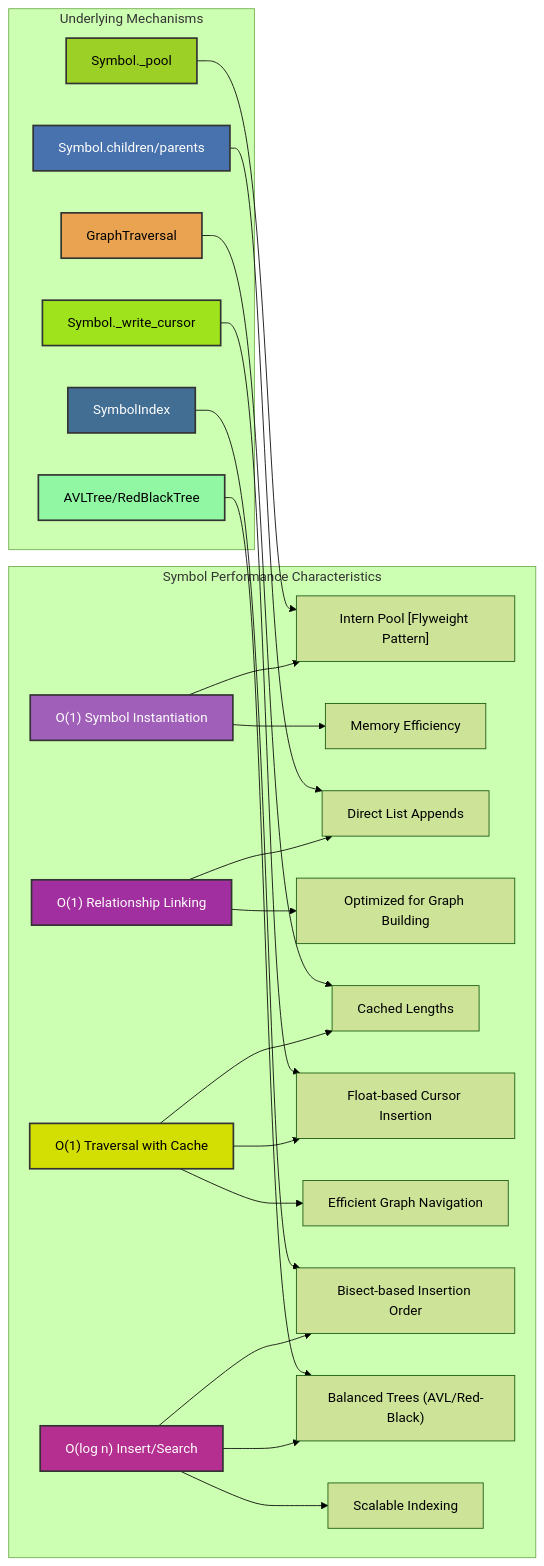
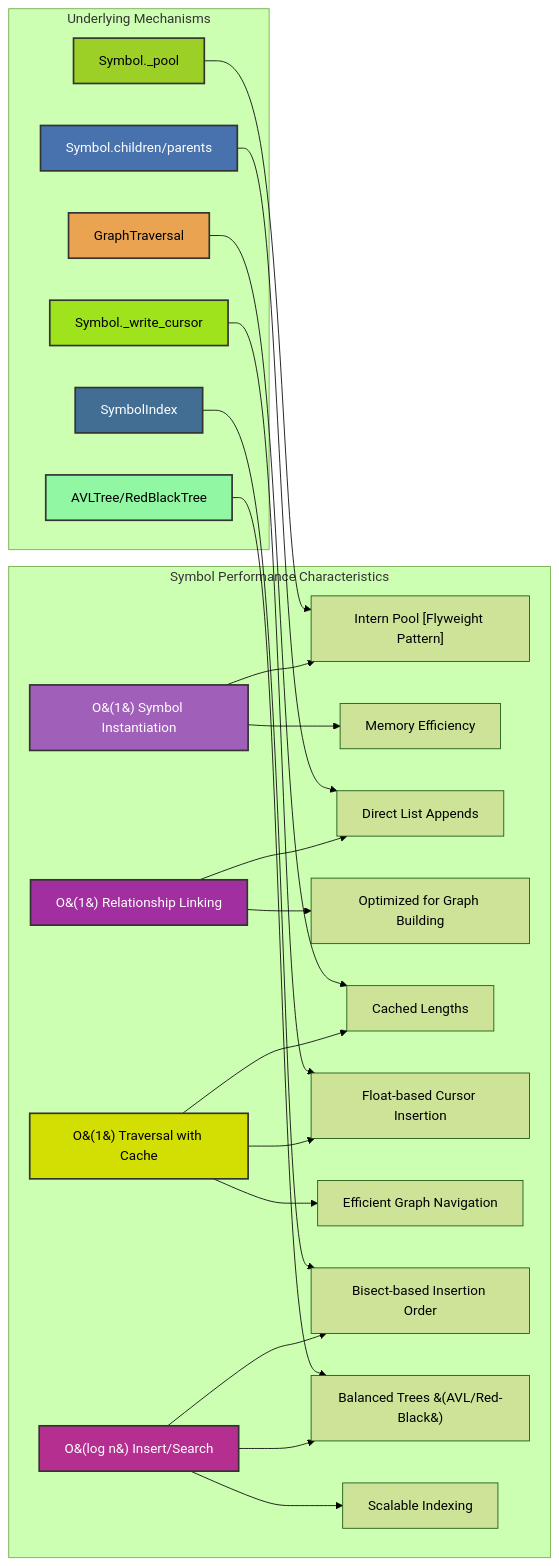
The diagram in docs/readme_details/9_performance/performance_overview.mmd (ikko/sym), drawn with Mermaid (forest theme) before and after one commit. The commit also changed 12 other files, not shown here.

Commit message:
diagrams fixing wip

```diff
--- a/docs/readme_details/9_performance/performance_overview.mmd
+++ b/docs/readme_details/9_performance/performance_overview.mmd
@@ -1,37 +1,37 @@
 graph LR
     subgraph "Symbol Performance Characteristics"
-        A["O(1) Symbol Instantiation"] --> B["Intern Pool [Flyweight Pattern]"];
+        A["O&#40;1&#41; Symbol Instantiation"] --> B["Intern Pool [Flyweight Pattern]"];
         A --> C["Memory Efficiency"];
 
-        D["O(1) Relationship Linking"] --> E["Direct List Appends"];
+        D["O&#40;1&#41; Relationship Linking"] --> E["Direct List Appends"];
         D --> F["Optimized for Graph Building"];
 
-        G["O(1) Traversal with Cache"] --> H["Cached Lengths"];
+        G["O&#40;1&#41; Traversal with Cache"] --> H["Cached Lengths"];
         G --> I["Float-based Cursor Insertion"];
         G --> J["Efficient Graph Navigation"];
 
-        K["O(log n) Insert/Search"] --> L["Bisect-based Insertion Order"];
-        K --> M["Balanced Trees (AVL/Red-Black)"];
+        K["O&#40;log n&#41; Insert/Search"] --> L["Bisect-based Insertion Order"];
+        K --> M["Balanced Trees &#40;AVL/Red-Black&#41;"];
         K --> N["Scalable Indexing"];
     end
 
     subgraph "Underlying Mechanisms"
         O["Symbol._pool"] --> B;
         P["Symbol.children/parents"] --> E;
         Q["GraphTraversal"] --> H;
         R["Symbol._write_cursor"] --> I;
         S["SymbolIndex"] --> L;
         T["AVLTree/RedBlackTree"] --> M;
     end
     style T fill:#91f7a3,stroke:#333,stroke-width:2px,color:#000000;
 
     style A fill:#a05fb8,stroke:#333,stroke-width:2px,color:#FFFFFF;
     style D fill:#a22f9f,stroke:#333,stroke-width:2px,color:#FFFFFF;
     style G fill:#d3de02,stroke:#333,stroke-width:2px,color:#000000;
     style K fill:#b42f90,stroke:#333,stroke-width:2px,color:#FFFFFF;
     style O fill:#9dd027,stroke:#333,stroke-width:2px,color:#000000;
     style P fill:#4872ad,stroke:#333,stroke-width:2px,color:#FFFFFF;
     style Q fill:#eaa451,stroke:#333,stroke-width:2px,color:#000000;
     style R fill:#9ee31b,stroke:#333,stroke-width:2px,color:#000000;
     style S fill:#426e94,stroke:#333,stroke-width:2px,color:#FFFFFF;
     style T fill:#91f7a3,stroke:#333,stroke-width:2px,color:#000000;
```
